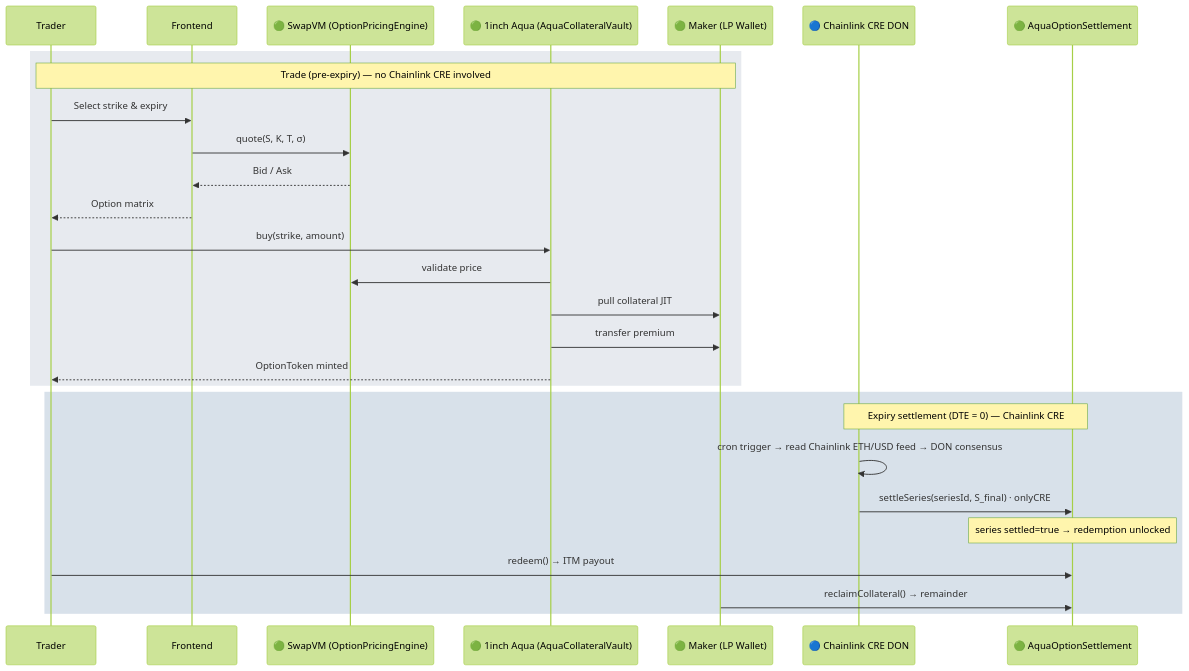
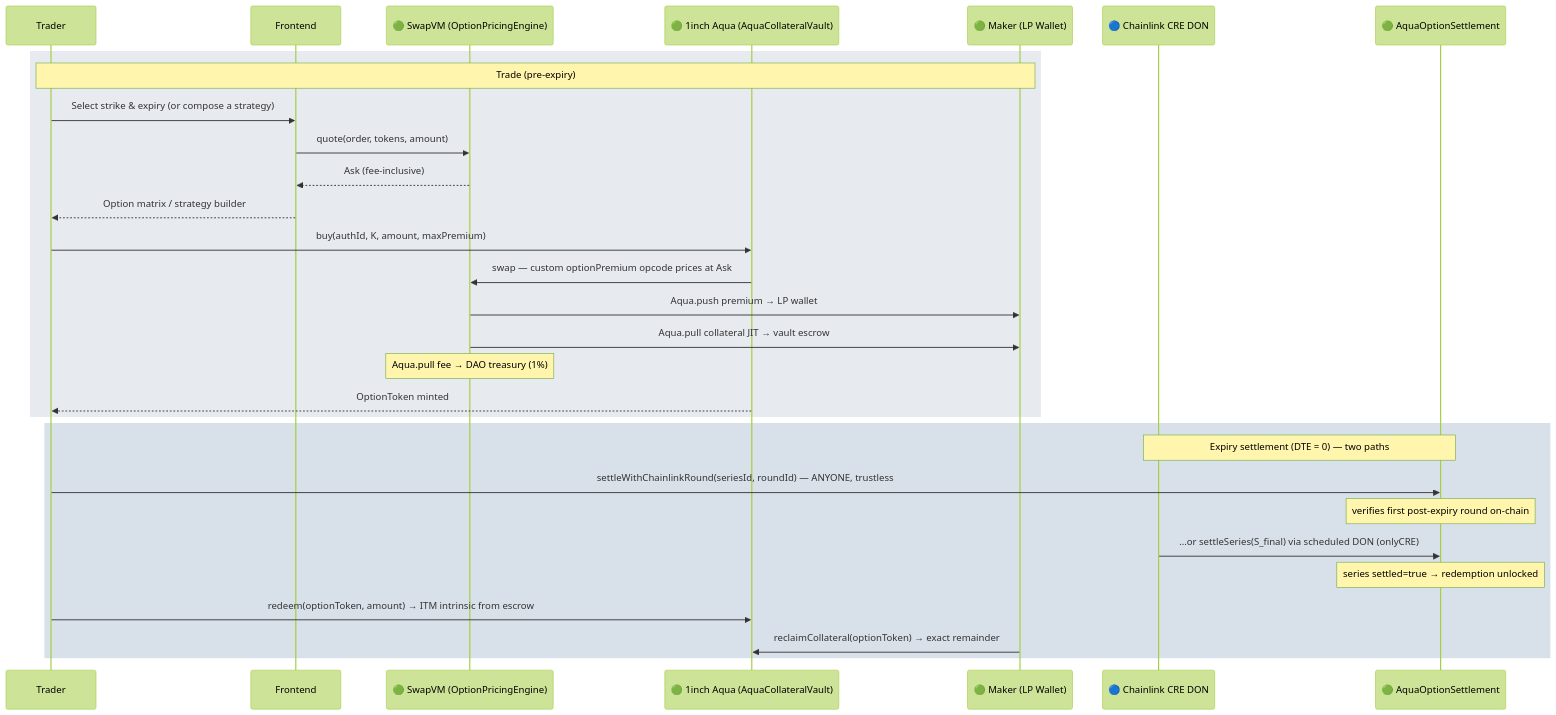
Before and after one commit to oslinin/Smile: the first of 7 diagrams in README.md, drawn with Mermaid (forest theme). The commit also changed other lines of this file and 3 other files, not shown here.

````diff
--- a/README.md
+++ b/README.md
@@ -149,32 +153,34 @@
 ```mermaid
 sequenceDiagram
     participant Trader
     participant Frontend
     participant SwapVM as 🟢 SwapVM (OptionPricingEngine)
     participant Aqua as 🟢 1inch Aqua (AquaCollateralVault)
     participant Maker as 🟢 Maker (LP Wallet)
     participant CRE as 🔵 Chainlink CRE DON
     participant Settle as 🟢 AquaOptionSettlement
 
     rect rgba(60,80,120,0.12)
-    Note over Trader,Maker: Trade (pre-expiry) — no Chainlink CRE involved
-    Trader->>Frontend: Select strike & expiry
-    Frontend->>SwapVM: quote(S, K, T, σ)
-    SwapVM-->>Frontend: Bid / Ask
-    Frontend-->>Trader: Option matrix
-    Trader->>Aqua: buy(strike, amount)
-    Aqua->>SwapVM: validate price
-    Aqua->>Maker: pull collateral JIT
-    Aqua->>Maker: transfer premium
+    Note over Trader,Maker: Trade (pre-expiry)
+    Trader->>Frontend: Select strike & expiry (or compose a strategy)
+    Frontend->>SwapVM: quote(order, tokens, amount)
+    SwapVM-->>Frontend: Ask (fee-inclusive)
+    Frontend-->>Trader: Option matrix / strategy builder
+    Trader->>Aqua: buy(authId, K, amount, maxPremium)
+    Aqua->>SwapVM: swap — custom optionPremium opcode prices at Ask
+    SwapVM->>Maker: Aqua.push premium → LP wallet
+    SwapVM->>Maker: Aqua.pull collateral JIT → vault escrow
+    Note over SwapVM: Aqua.pull fee → DAO treasury (1%)
     Aqua-->>Trader: OptionToken minted
     end
 
     rect rgba(40,90,140,0.18)
-    Note over CRE,Settle: Expiry settlement (DTE = 0) — Chainlink CRE
-    CRE->>CRE: cron trigger → read Chainlink ETH/USD feed → DON consensus
-    CRE->>Settle: settleSeries(seriesId, S_final) · onlyCRE
+    Note over CRE,Settle: Expiry settlement (DTE = 0) — two paths
+    Trader->>Settle: settleWithChainlinkRound(seriesId, roundId) — ANYONE, trustless
+    Note over Settle: verifies first post-expiry round on-chain
+    CRE->>Settle: …or settleSeries(S_final) via scheduled DON (onlyCRE)
     Note over Settle: series settled=true → redemption unlocked
-    Trader->>Settle: redeem() → ITM payout
-    Maker->>Settle: reclaimCollateral() → remainder
+    Trader->>Aqua: redeem(optionToken, amount) → ITM intrinsic from escrow
+    Maker->>Aqua: reclaimCollateral(optionToken) → exact remainder
     end
 ```
````
